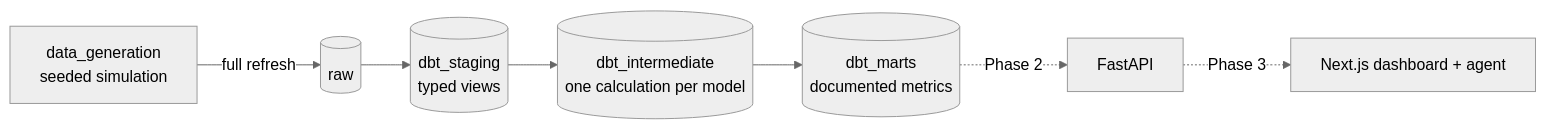
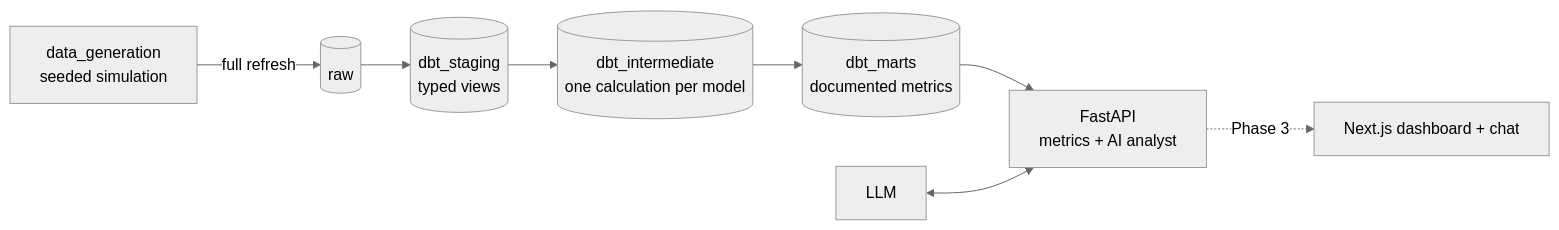
One commit to antuelquirino/InsightFlow changed the diagram in README.md. Above: the diagram before and after it, drawn with Mermaid (neutral theme). The commit also changed other lines of this file and 4 other files, not shown here.

First line of the commit message:
docs: close Phase 2 (API) in README and CLAUDE.md

````diff
--- a/README.md
+++ b/README.md
@@ -29,9 +29,10 @@
 ```mermaid
 flowchart LR
     gen["data_generation<br/>seeded simulation"] -->|full refresh| raw[(raw)]
     raw --> stg[(dbt_staging<br/>typed views)]
     stg --> int[(dbt_intermediate<br/>one calculation per model)]
     int --> marts[(dbt_marts<br/>documented metrics)]
-    marts -.->|Phase 2| api["FastAPI"]
-    api -.->|Phase 3| web["Next.js dashboard + agent"]
+    marts --> api["FastAPI<br/>metrics + AI analyst"]
+    llm["LLM"] <--> api
+    api -.->|Phase 3| web["Next.js dashboard + chat"]
 ```
````
